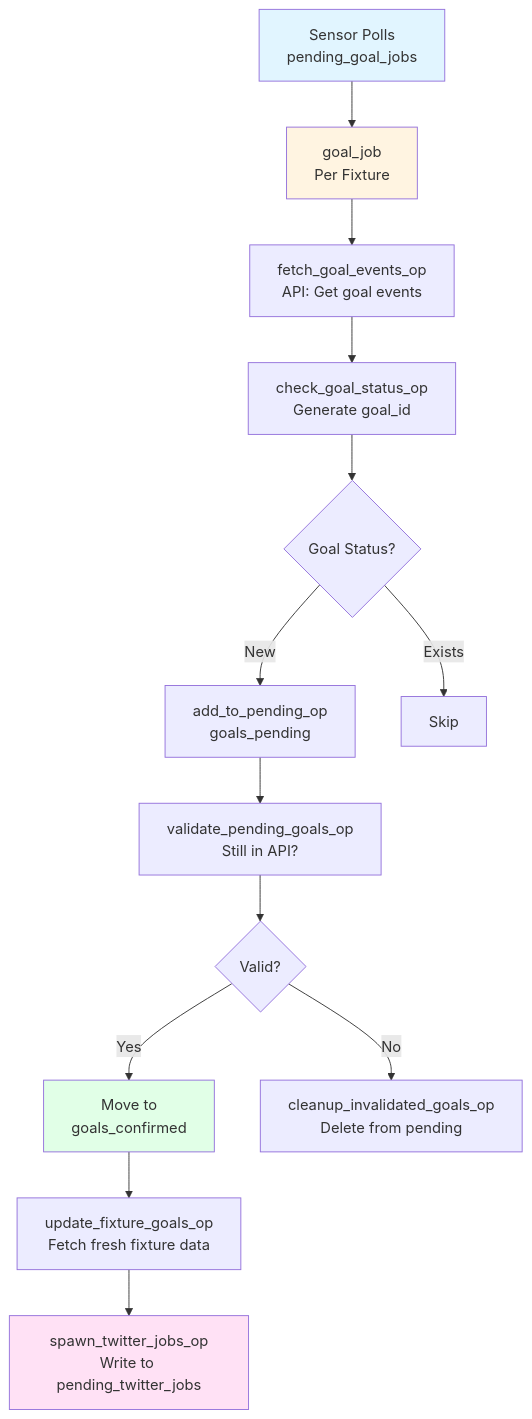
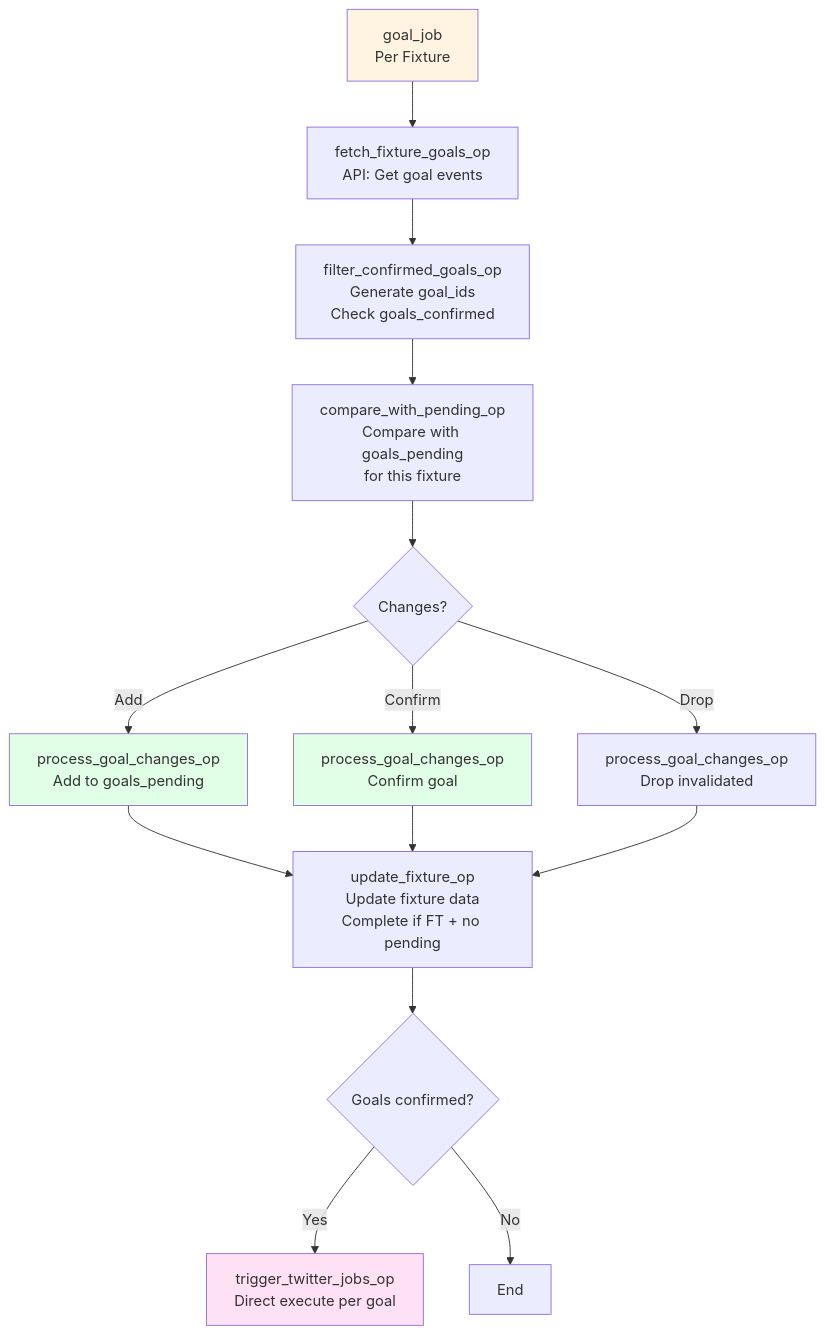
The fourth of 7 diagrams in README.md (vedantadhobley/found-footy), drawn with Mermaid before and after one commit. The commit also changed other lines of this file and 22 other files, not shown here.

````diff
--- a/README.md
+++ b/README.md
@@ -246,20 +246,21 @@
 ```mermaid
 graph TB
-    A[Sensor Polls<br/>pending_goal_jobs] --> B[goal_job<br/>Per Fixture]
-    B --> C[fetch_goal_events_op<br/>API: Get goal events]
-    C --> D[check_goal_status_op<br/>Generate goal_id]
-    D --> E{Goal Status?}
-    E -->|New| F[add_to_pending_op<br/>goals_pending]
-    E -->|Exists| G[Skip]
-    F --> H[validate_pending_goals_op<br/>Still in API?]
-    H --> I{Valid?}
-    I -->|Yes| J[Move to<br/>goals_confirmed]
-    I -->|No| K[cleanup_invalidated_goals_op<br/>Delete from pending]
-    J --> L[update_fixture_goals_op<br/>Fetch fresh fixture data]
-    L --> M[spawn_twitter_jobs_op<br/>Write to pending_twitter_jobs]
+    A[goal_job<br/>Per Fixture] --> B[fetch_fixture_goals_op<br/>API: Get goal events]
+    B --> C[filter_confirmed_goals_op<br/>Generate goal_ids<br/>Check goals_confirmed]
+    C --> D[compare_with_pending_op<br/>Compare with goals_pending<br/>for this fixture]
+    D --> E{Changes?}
+    E -->|Add| F[process_goal_changes_op<br/>Add to goals_pending]
+    E -->|Confirm| G[process_goal_changes_op<br/>Confirm goal]
+    E -->|Drop| H[process_goal_changes_op<br/>Drop invalidated]
+    F --> I[update_fixture_op<br/>Update fixture data<br/>Complete if FT + no pending]
+    G --> I
+    H --> I
+    I --> J{Goals confirmed?}
+    J -->|Yes| K[trigger_twitter_jobs_op<br/>Direct execute per goal]
+    J -->|No| L[End]
     
-    style A fill:#e1f5ff
-    style B fill:#fff4e1
-    style J fill:#e1ffe7
-    style M fill:#ffe1f5
+    style A fill:#fff4e1
+    style F fill:#e1ffe7
+    style G fill:#e1ffe7
+    style K fill:#ffe1f5
 ```
````
